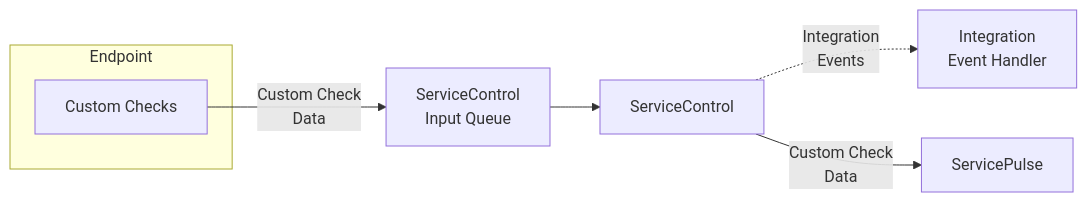
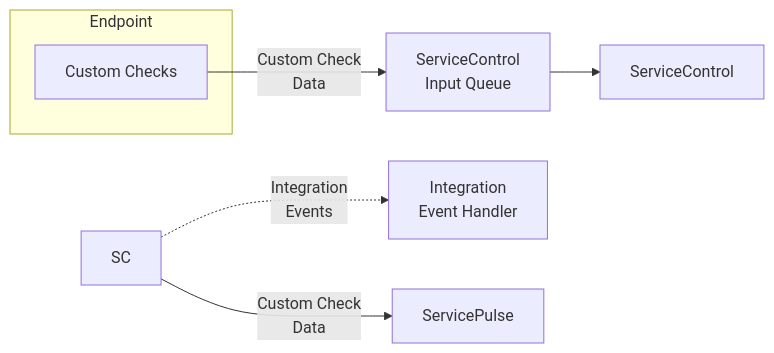
The diagram in monitoring/custom-checks/index.md (Particular/docs.particular.net), drawn with Mermaid before and after one commit.

Commit message:
Wrong id in diagram

````diff
--- a/monitoring/custom-checks/index.md
+++ b/monitoring/custom-checks/index.md
@@ -12,15 +12,15 @@
 ```mermaid
 graph LR
 
 subgraph Endpoint
 CustomChecks[Custom Checks]
 end
 	
 CustomChecks -- Custom Check<br>Data --> SCQ[ServiceControl<br>Input Queue]
 
 SCQ --> ServiceControl
 
-ServiceControl -. Integration<br/>Events .-> Integration[Integration<br/>Event Handler]
+SC -. Integration<br/>Events .-> Integration[Integration<br/>Event Handler]
 
-ServiceControl -- Custom Check<br>Data --> ServicePulse
+SC -- Custom Check<br>Data --> ServicePulse
 ```
````
